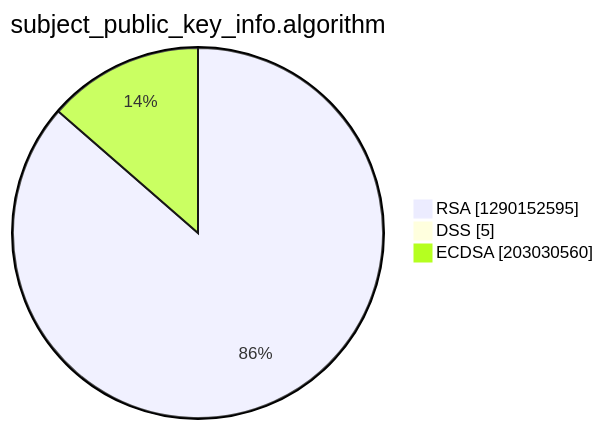
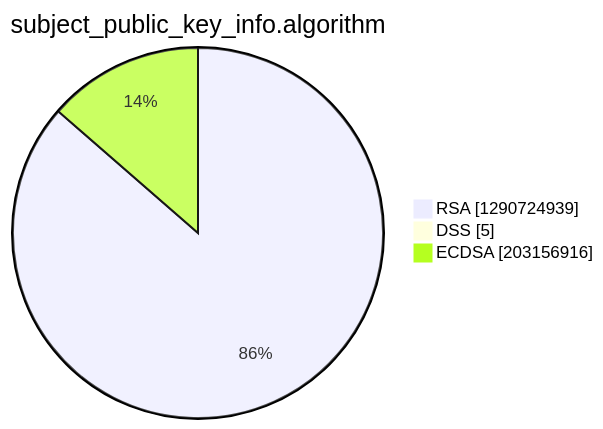
Before and after one commit to christiankrug/ctmonitor_visualization: the third of 15 diagrams in argon2022/README.md, drawn with Mermaid. The commit also changed other lines of this file, not shown here.

````diff
--- a/argon2022/README.md
+++ b/argon2022/README.md
@@ -14,7 +14,7 @@
 ```mermaid
 pie showData
 title subject_public_key_info.algorithm
-"RSA" :1290152595
+"RSA" :1290724939
 "DSS" :5
-"ECDSA" :203030560
+"ECDSA" :203156916
 ```
````
